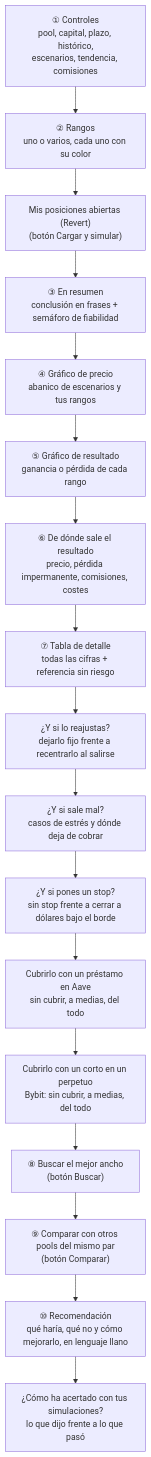
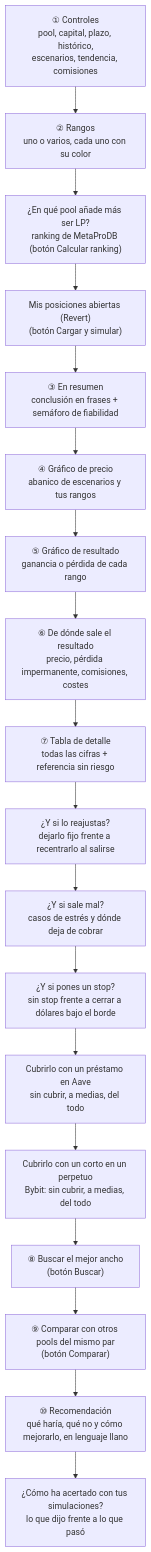
One commit to Caiico1/etapas-weinstein changed the first of 7 diagrams in Guia Simulador.md. Above: the diagram before and after it, drawn with Mermaid. The commit also changed other lines of this file and 5 other files, not shown here.

Commit message:
Ranking de pools por lo que añade ser LP (vs mantener), validado con 53 fechas de dos años

````diff
--- a/Guia Simulador.md
+++ b/Guia Simulador.md
@@ -58,19 +58,20 @@
 ```mermaid
 flowchart TB
     A["① Controles<br/>pool, capital, plazo, histórico,<br/>escenarios, tendencia, comisiones"] --> B["② Rangos<br/>uno o varios, cada uno con su color"]
-    B --> M["Mis posiciones abiertas (Revert)<br/>(botón Cargar y simular)"]
+    B --> RK["¿En qué pool añade más ser LP?<br/>ranking de MetaProDB (botón Calcular ranking)"]
+    RK --> M["Mis posiciones abiertas (Revert)<br/>(botón Cargar y simular)"]
     M --> R["③ En resumen<br/>conclusión en frases + semáforo de fiabilidad"]
     R --> C["④ Gráfico de precio<br/>abanico de escenarios y tus rangos"]
     C --> D["⑤ Gráfico de resultado<br/>ganancia o pérdida de cada rango"]
     D --> G["⑥ De dónde sale el resultado<br/>precio, pérdida impermanente, comisiones, costes"]
     G --> E["⑦ Tabla de detalle<br/>todas las cifras + referencia sin riesgo"]
     E --> RJ["¿Y si lo reajustas?<br/>dejarlo fijo frente a recentrarlo al salirse"]
     RJ --> ES["¿Y si sale mal?<br/>casos de estrés y dónde deja de cobrar"]
     ES --> SL["¿Y si pones un stop?<br/>sin stop frente a cerrar a dólares bajo el borde"]
     SL --> CB["Cubrirlo con un préstamo en Aave<br/>sin cubrir, a medias, del todo"]
     CB --> CP["Cubrirlo con un corto en un perpetuo<br/>Bybit: sin cubrir, a medias, del todo"]
     CP --> O["⑧ Buscar el mejor ancho<br/>(botón Buscar)"]
     O --> P["⑨ Comparar con otros pools del mismo par<br/>(botón Comparar)"]
     P --> Q["⑩ Recomendación<br/>qué haría, qué no y cómo mejorarlo, en lenguaje llano"]
     Q --> HI["¿Cómo ha acertado con tus simulaciones?<br/>lo que dijo frente a lo que pasó"]
 ```
````
